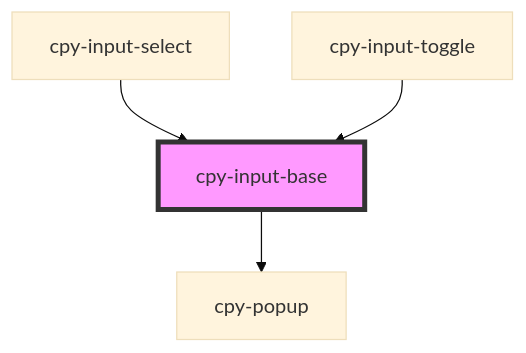
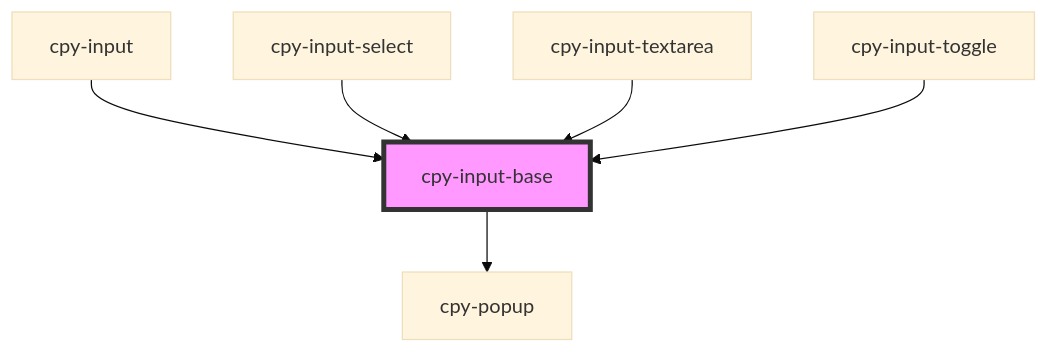
One commit to Lith1um/Canopy-Stencil changed the diagram in stencil-lib/src/components/inputs/readme.md. Above: the diagram before and after it, drawn with Mermaid (base theme). The commit also changed other lines of this file and 9 other files, not shown here.

````diff
--- a/stencil-lib/src/components/inputs/readme.md
+++ b/stencil-lib/src/components/inputs/readme.md
@@ -54,7 +57,9 @@
 ```mermaid
 graph TD;
   cpy-input-base --> cpy-popup
+  cpy-input --> cpy-input-base
   cpy-input-select --> cpy-input-base
+  cpy-input-textarea --> cpy-input-base
   cpy-input-toggle --> cpy-input-base
   style cpy-input-base fill:#f9f,stroke:#333,stroke-width:4px
 ```
````
